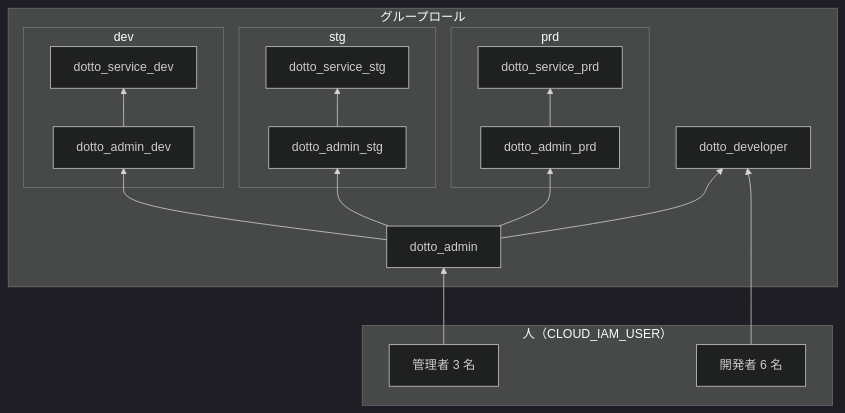
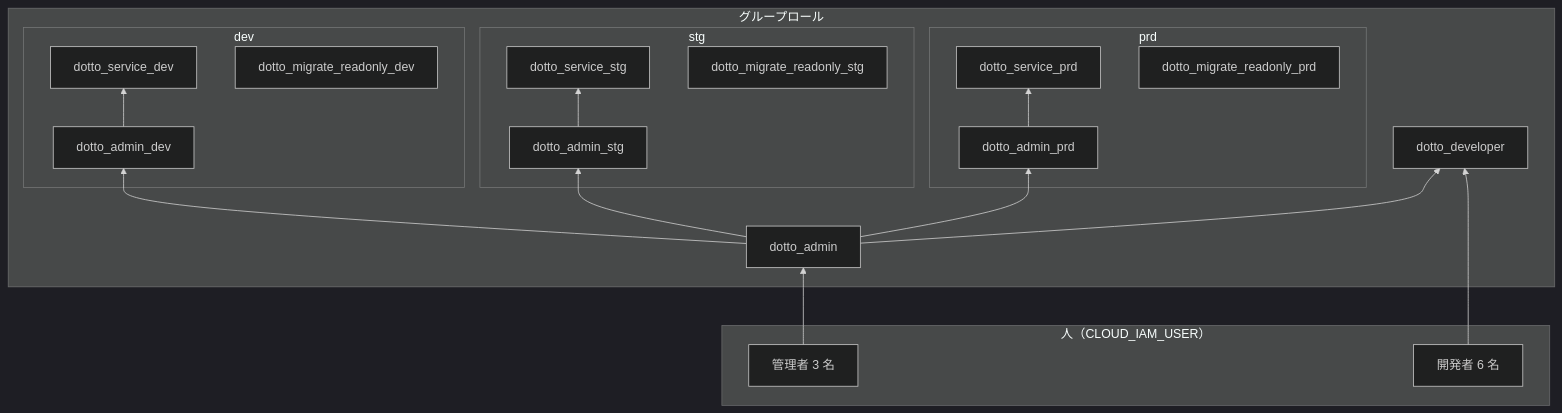
One commit to fun-dotto/infra changed the first of 2 diagrams in docs/postgresql_roles.md. Above: the diagram before and after it, drawn with Mermaid (dark theme). The commit also changed other lines of this file, not shown here.

First line of the commit message:
dry-run 用ロールを環境ごとに分割 (dotto_migrate_readonly_<env>)

````diff
--- a/docs/postgresql_roles.md
+++ b/docs/postgresql_roles.md
@@ -38,37 +41,40 @@
 ```mermaid
 flowchart BT
     subgraph human["人（CLOUD_IAM_USER）"]
         admins["管理者 3 名"]
         devs["開発者 6 名"]
     end
 
     subgraph groups["グループロール"]
         dotto_admin
         dotto_developer
 
         subgraph dev["dev"]
             admin_dev[dotto_admin_dev]
             service_dev[dotto_service_dev]
+            readonly_dev[dotto_migrate_readonly_dev]
         end
         subgraph stg["stg"]
             admin_stg[dotto_admin_stg]
             service_stg[dotto_service_stg]
+            readonly_stg[dotto_migrate_readonly_stg]
         end
         subgraph prd["prd"]
             admin_prd[dotto_admin_prd]
             service_prd[dotto_service_prd]
+            readonly_prd[dotto_migrate_readonly_prd]
         end
     end
 
     admins --> dotto_admin
     devs --> dotto_developer
 
     dotto_admin --> admin_dev
     dotto_admin --> admin_stg
     dotto_admin --> admin_prd
     dotto_admin --> dotto_developer
 
     admin_dev --> service_dev
     admin_stg --> service_stg
     admin_prd --> service_prd
 ```
````
